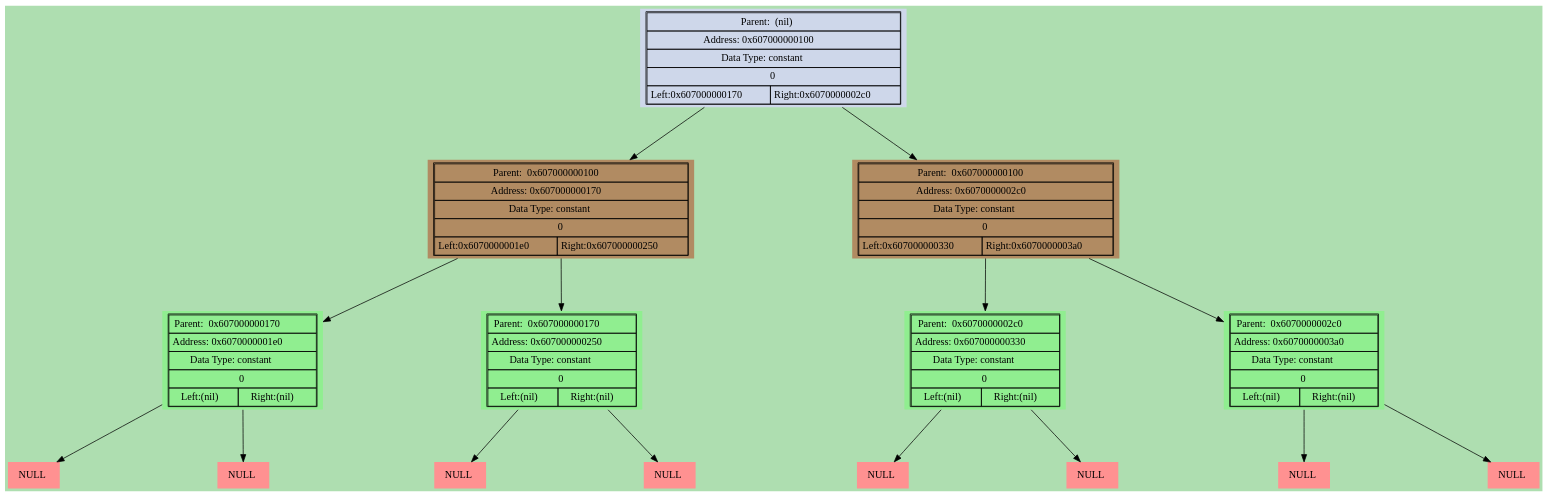
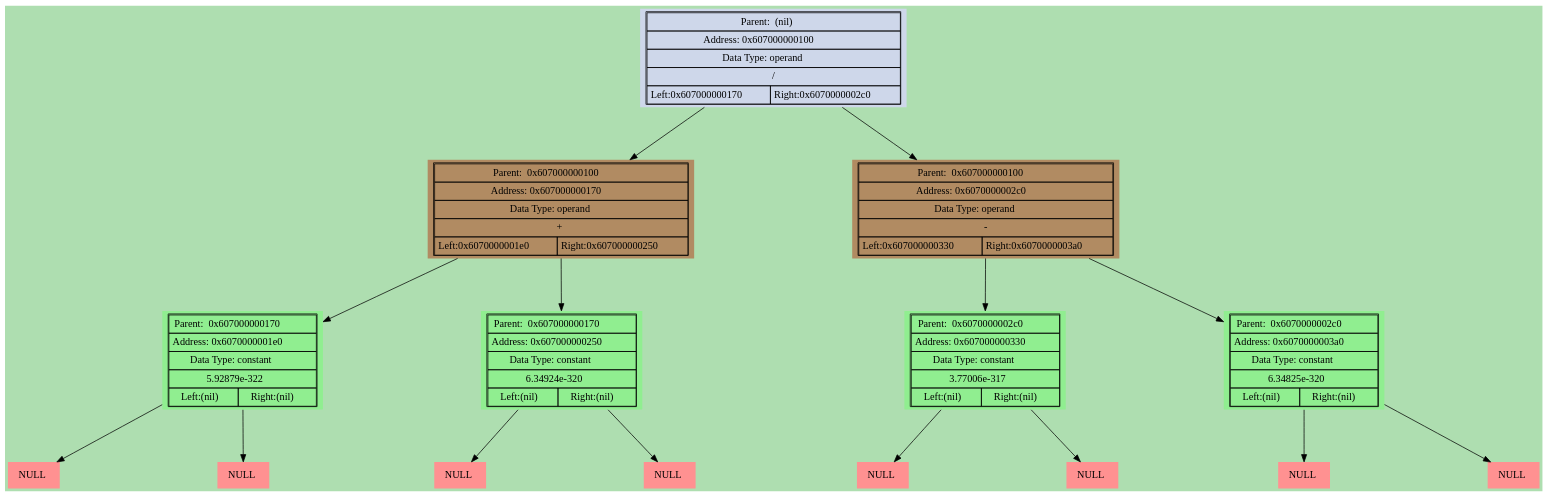
The diagram in dumps/graphic_dump.dot (bgclutch/differentiator_ded), drawn with Graphviz before and after one commit. The commit also changed 6 other files, not shown here.

```diff
--- a/dumps/graphic_dump.dot
+++ b/dumps/graphic_dump.dot
@@ -1,114 +1,114 @@
 digraph LIST{
 harset = "UTF-8";
 node [shape=plaintext];
 bgcolor = "#0000aa";
 fontcolor = black;
 fontsize = 18;
 style = "italic";
 margin = 1;
 ranksep = 1;
 nodesep = 3;
 bgcolor = "#aedeb0";
 "0x607000000170" [style = "filled", fillcolor = "#b18b62",label=<
 <table border="1" cellspacing="0" cellpadding="4">
 <tr><td colspan="2">Parent:  0x607000000100</td></tr>
 <tr><td colspan="2">Address: 0x607000000170</td></tr>
-<tr><td colspan="2">Data Type: constant</td></tr>
-<tr><td colspan="2">0</td></tr>
+<tr><td colspan="2">Data Type: operand</td></tr>
+<tr><td colspan="2">+</td></tr>
 <tr><td align = "center" >Left:0x6070000001e0</td><td align = "center" >Right:0x607000000250</td></tr></table>>];
 
 "0x607000000100" -> "0x607000000170";
 "0x6070000001e0" [style = "filled", fillcolor = "lightgreen",label=<
 <table border="1" cellspacing="0" cellpadding="4">
 <tr><td colspan="2">Parent:  0x607000000170</td></tr>
 <tr><td colspan="2">Address: 0x6070000001e0</td></tr>
 <tr><td colspan="2">Data Type: constant</td></tr>
-<tr><td colspan="2">0</td></tr>
+<tr><td colspan="2">5.92879e-322</td></tr>
 <tr><td align = "center" >Left:(nil)</td><td align = "center" >Right:(nil)</td></tr></table>>];
 
 "0x607000000170" -> "0x6070000001e0";
 "0x6070000001e0" -> "0x607000000220";
 "0x607000000220" [style = "filled", fillcolor = "#ff9191", label=<
 <table border = "0" cellspacing="2" cellpadding="4">
 <tr><td>NULL</td></tr></table>>];
 
 "0x6070000001e0" -> "0x607000000228";
 "0x607000000228" [style = "filled", fillcolor = "#ff9191", label=<
 <table border = "0" cellspacing="2" cellpadding="4">
 <tr><td>NULL</td></tr></table>>];
 
 "0x607000000250" [style = "filled", fillcolor = "lightgreen",label=<
 <table border="1" cellspacing="0" cellpadding="4">
 <tr><td colspan="2">Parent:  0x607000000170</td></tr>
 <tr><td colspan="2">Address: 0x607000000250</td></tr>
 <tr><td colspan="2">Data Type: constant</td></tr>
-<tr><td colspan="2">0</td></tr>
+<tr><td colspan="2">6.34924e-320</td></tr>
 <tr><td align = "center" >Left:(nil)</td><td align = "center" >Right:(nil)</td></tr></table>>];
 
 "0x607000000170" -> "0x607000000250";
 "0x607000000250" -> "0x607000000290";
 "0x607000000290" [style = "filled", fillcolor = "#ff9191", label=<
 <table border = "0" cellspacing="2" cellpadding="4">
 <tr><td>NULL</td></tr></table>>];
 
 "0x607000000250" -> "0x607000000298";
 "0x607000000298" [style = "filled", fillcolor = "#ff9191", label=<
 <table border = "0" cellspacing="2" cellpadding="4">
 <tr><td>NULL</td></tr></table>>];
 
 "0x6070000002c0" [style = "filled", fillcolor = "#b18b62",label=<
 <table border="1" cellspacing="0" cellpadding="4">
 <tr><td colspan="2">Parent:  0x607000000100</td></tr>
 <tr><td colspan="2">Address: 0x6070000002c0</td></tr>
-<tr><td colspan="2">Data Type: constant</td></tr>
-<tr><td colspan="2">0</td></tr>
+<tr><td colspan="2">Data Type: operand</td></tr>
+<tr><td colspan="2">-</td></tr>
 <tr><td align = "center" >Left:0x607000000330</td><td align = "center" >Right:0x6070000003a0</td></tr></table>>];
 
 "0x607000000100" -> "0x6070000002c0";
 "0x607000000330" [style = "filled", fillcolor = "lightgreen",label=<
 <table border="1" cellspacing="0" cellpadding="4">
 <tr><td colspan="2">Parent:  0x6070000002c0</td></tr>
 <tr><td colspan="2">Address: 0x607000000330</td></tr>
 <tr><td colspan="2">Data Type: constant</td></tr>
-<tr><td colspan="2">0</td></tr>
+<tr><td colspan="2">3.77006e-317</td></tr>
 <tr><td align = "center" >Left:(nil)</td><td align = "center" >Right:(nil)</td></tr></table>>];
 
 "0x6070000002c0" -> "0x607000000330";
 "0x607000000330" -> "0x607000000370";
 "0x607000000370" [style = "filled", fillcolor = "#ff9191", label=<
 <table border = "0" cellspacing="2" cellpadding="4">
 <tr><td>NULL</td></tr></table>>];
 
 "0x607000000330" -> "0x607000000378";
 "0x607000000378" [style = "filled", fillcolor = "#ff9191", label=<
 <table border = "0" cellspacing="2" cellpadding="4">
 <tr><td>NULL</td></tr></table>>];
 
 "0x6070000003a0" [style = "filled", fillcolor = "lightgreen",label=<
 <table border="1" cellspacing="0" cellpadding="4">
 <tr><td colspan="2">Parent:  0x6070000002c0</td></tr>
 <tr><td colspan="2">Address: 0x6070000003a0</td></tr>
 <tr><td colspan="2">Data Type: constant</td></tr>
-<tr><td colspan="2">0</td></tr>
+<tr><td colspan="2">6.34825e-320</td></tr>
 <tr><td align = "center" >Left:(nil)</td><td align = "center" >Right:(nil)</td></tr></table>>];
 
 "0x6070000002c0" -> "0x6070000003a0";
 "0x6070000003a0" -> "0x6070000003e0";
 "0x6070000003e0" [style = "filled", fillcolor = "#ff9191", label=<
 <table border = "0" cellspacing="2" cellpadding="4">
 <tr><td>NULL</td></tr></table>>];
 
 "0x6070000003a0" -> "0x6070000003e8";
 "0x6070000003e8" [style = "filled", fillcolor = "#ff9191", label=<
 <table border = "0" cellspacing="2" cellpadding="4">
 <tr><td>NULL</td></tr></table>>];
 
 "0x607000000100" [style = "filled", fillcolor = "#ced7ea",label=<
 <table border="1" cellspacing="0" cellpadding="4">
 <tr><td colspan="2">Parent:  (nil)</td></tr>
 <tr><td colspan="2">Address: 0x607000000100</td></tr>
-<tr><td colspan="2">Data Type: constant</td></tr>
-<tr><td colspan="2">0</td></tr>
+<tr><td colspan="2">Data Type: operand</td></tr>
+<tr><td colspan="2">/</td></tr>
 <tr><td align = "center" >Left:0x607000000170</td><td align = "center" >Right:0x6070000002c0</td></tr></table>>];
 
 }
```
